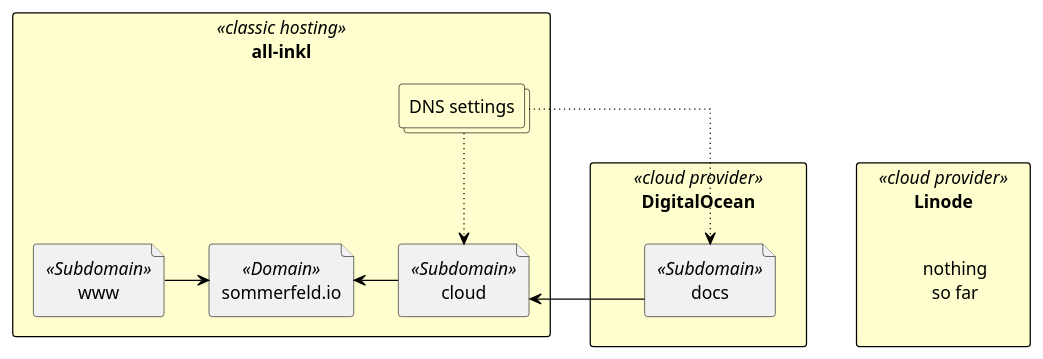
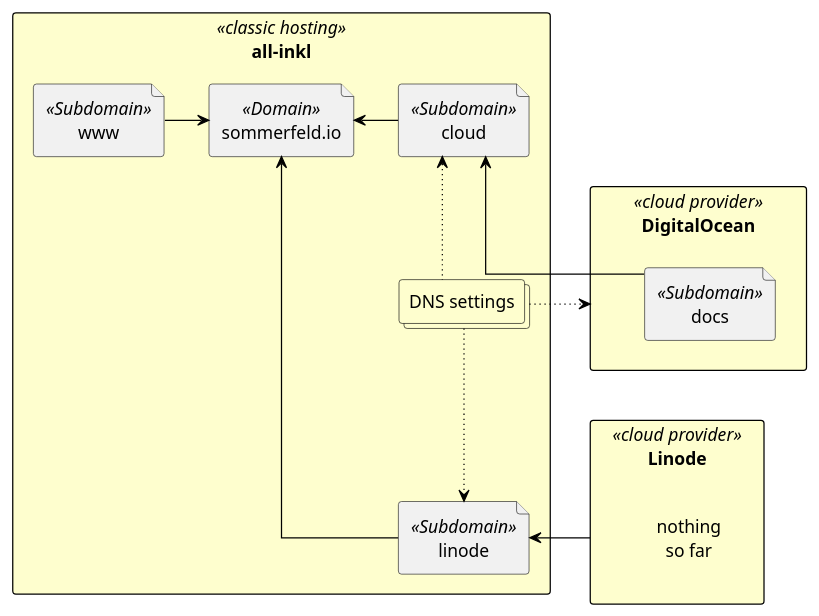
Before and after one commit to sebastian-sommerfeld-io/infrastructure: the diagram in docs/modules/ROOT/pages/cloud/index.adoc, drawn with PlantUML. The commit also changed other lines of this file and 7 other files, not shown here.

```diff
--- a/docs/modules/ROOT/pages/cloud/index.adoc
+++ b/docs/modules/ROOT/pages/cloud/index.adoc
@@ -27,49 +27,52 @@
 [plantuml, rendered-plantuml-image, svg]
 ----
 @startuml
 
 skinparam linetype ortho
 skinparam monochrome false
 skinparam componentStyle uml2
 skinparam backgroundColor transparent
 skinparam ArrowColor black
 skinparam FrameBackgroundColor #fff
 skinparam CollectionsBackgroundColor #fefece
 skinparam CollectionsBorderColor black
 skinparam ComponentBorderColor black
 skinparam ComponentBackgroundColor #fefece
 skinparam RectangleBorderColor black
 skinparam RectangleBackgroundColor #fefece
 skinparam QueueBorderColor black
 skinparam NoteBorderColor Grey
 skinparam NoteBackgroundColor #fdfdfd
 skinparam defaultTextAlignment center
 skinparam activity {
   FontName Ubuntu
 }
 
 rectangle allinkl as "all-inkl" <<classic hosting>> {
     file www <<Subdomain>>
     file cloud <<Subdomain>>
+    file linode <<Subdomain>>
     file sio as "sommerfeld.io" <<Domain>>
     collections dns as "DNS settings"
 }
 
 rectangle DigitalOcean <<cloud provider>> {
     file docs <<Subdomain>>
 }
 
 rectangle Linode <<cloud provider>> {
     label nothing as "nothing\nso far"
 }
 
 www -right-> sio
 cloud -left-> sio
+linode -up-> sio
 docs -right-> cloud
-dns ~down~> cloud
-dns ~right~> docs
+dns ~up~> cloud
+dns ~down~> linode
+dns ~right~> DigitalOcean
 
-Linode -[hidden]left- DigitalOcean
+Linode -left-> linode
 
 @enduml
 ----
```
